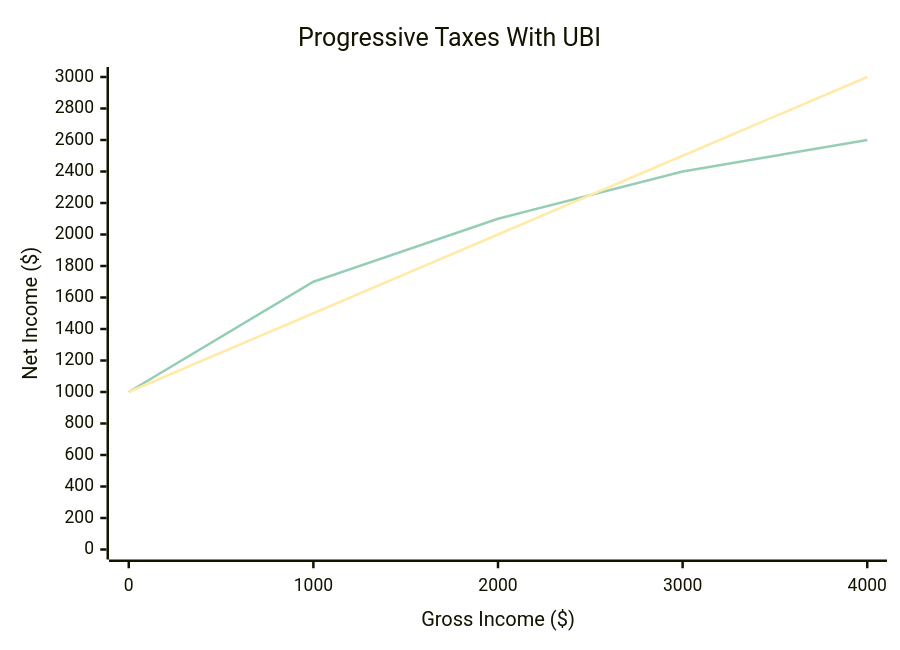
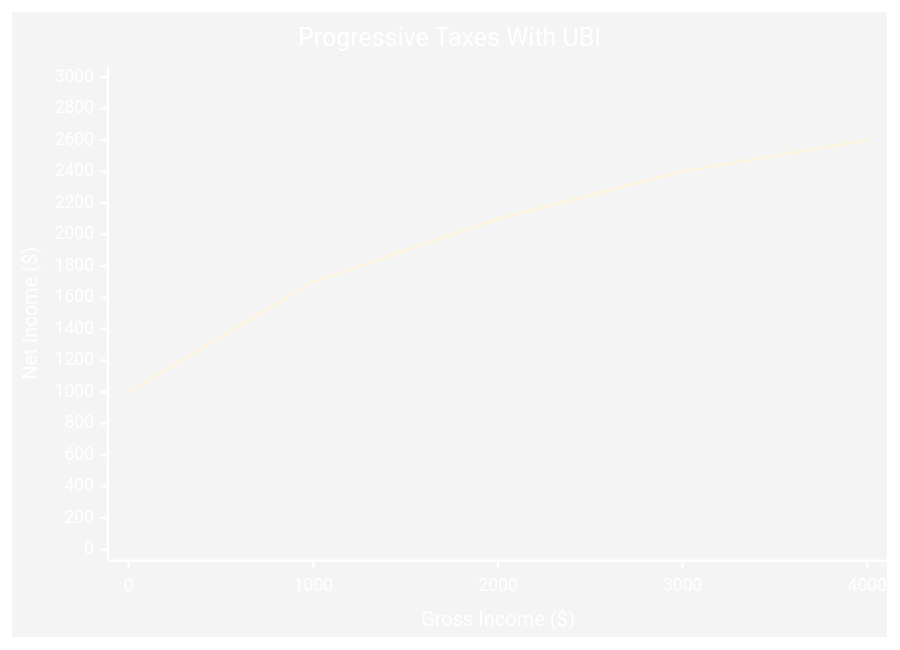
One commit to sergey-shandar/public changed the fourth of 4 diagrams in notes/economy/justice.md. Above: the diagram before and after it, drawn with Mermaid. The commit also changed other lines of this file, not shown here.

````diff
--- a/notes/economy/justice.md
+++ b/notes/economy/justice.md
@@ -60,9 +57,8 @@
 ```mermaid
-%%{init: {'theme':'base', 'themeVariables': {'xyChart': {'plotColorPalette': '#96ceb4,#ffeaa7,#fd79a8,#a29bfe,#6c5ce7'}}}}%%
+%%{init: {'theme':'base', 'themeVariables': {'primaryColor':'#96ceb4', 'primaryTextColor':'#fff', 'primaryBorderColor':'#96ceb4', 'lineColor':'#5490cc', 'secondaryColor':'#ffda79', 'tertiaryColor':'#fff'}}}%%
 xychart-beta
     title "Progressive Taxes With UBI"
     x-axis "Gross Income ($)" [0, 1000, 2000, 3000, 4000]
     y-axis "Net Income ($)" 0 --> 3000
-    line "Net Income (Progressive)" [1000, 1700, 2100, 2400, 2600]
-    line "Linear Tax Reference" [1000, 1500, 2000, 2500, 3000]
+    line "Net Income" [1000, 1700, 2100, 2400, 2600]
 ```
````
